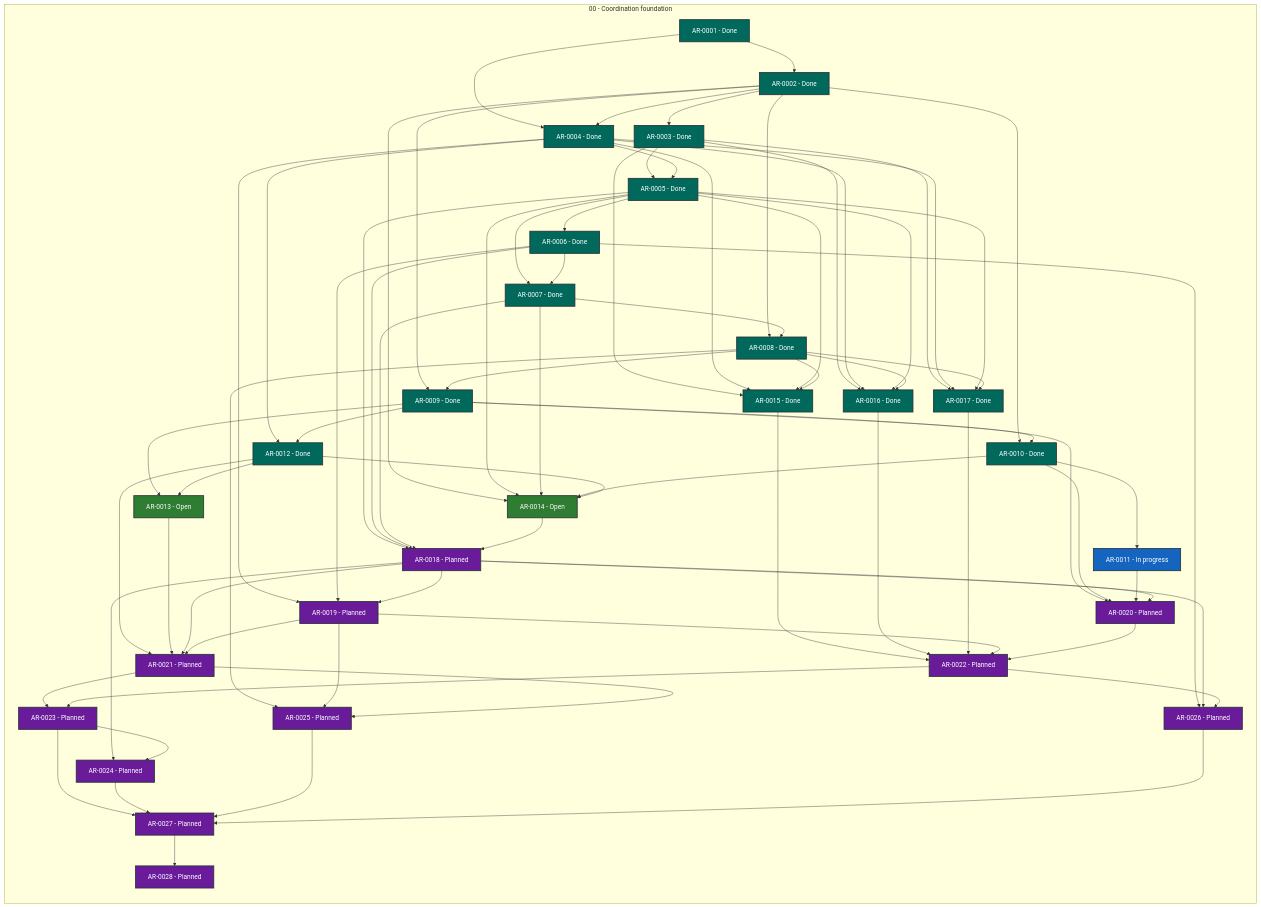
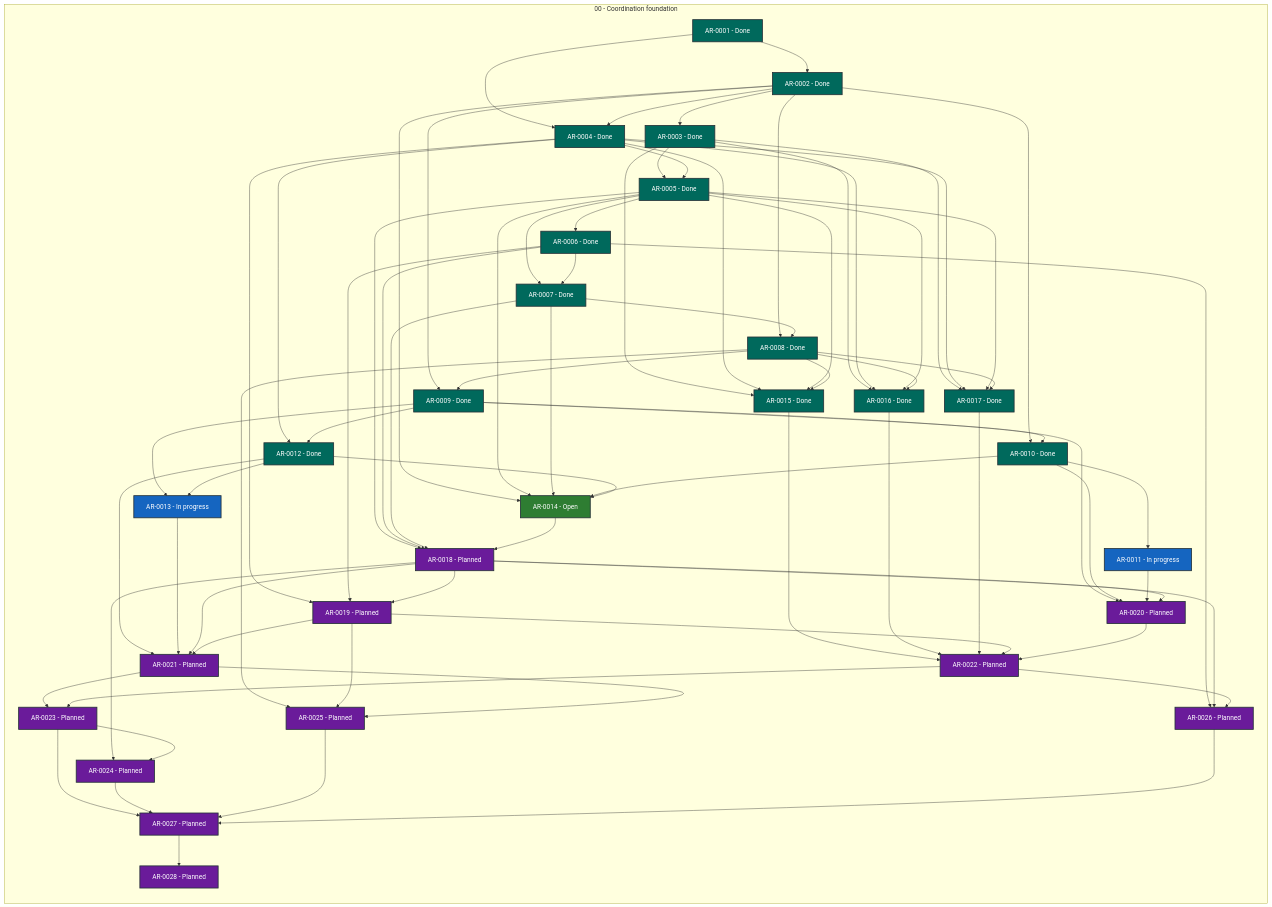
One commit to martin-beck/agent-workflow-runtime-state changed the diagram in STATUS.md. Above: the diagram before and after it, drawn with Mermaid. The commit also changed other lines of this file and 2 other files, not shown here.

```diff
--- a/STATUS.md
+++ b/STATUS.md
@@ -40,7 +40,7 @@
         AR_0010["AR-0010 - Done"]:::status_done
         AR_0011["AR-0011 - In progress"]:::status_in_progress
         AR_0012["AR-0012 - Done"]:::status_done
-        AR_0013["AR-0013 - Open"]:::status_open
+        AR_0013["AR-0013 - In progress"]:::status_in_progress
         AR_0014["AR-0014 - Open"]:::status_open
         AR_0015["AR-0015 - Done"]:::status_done
         AR_0016["AR-0016 - Done"]:::status_done
```
